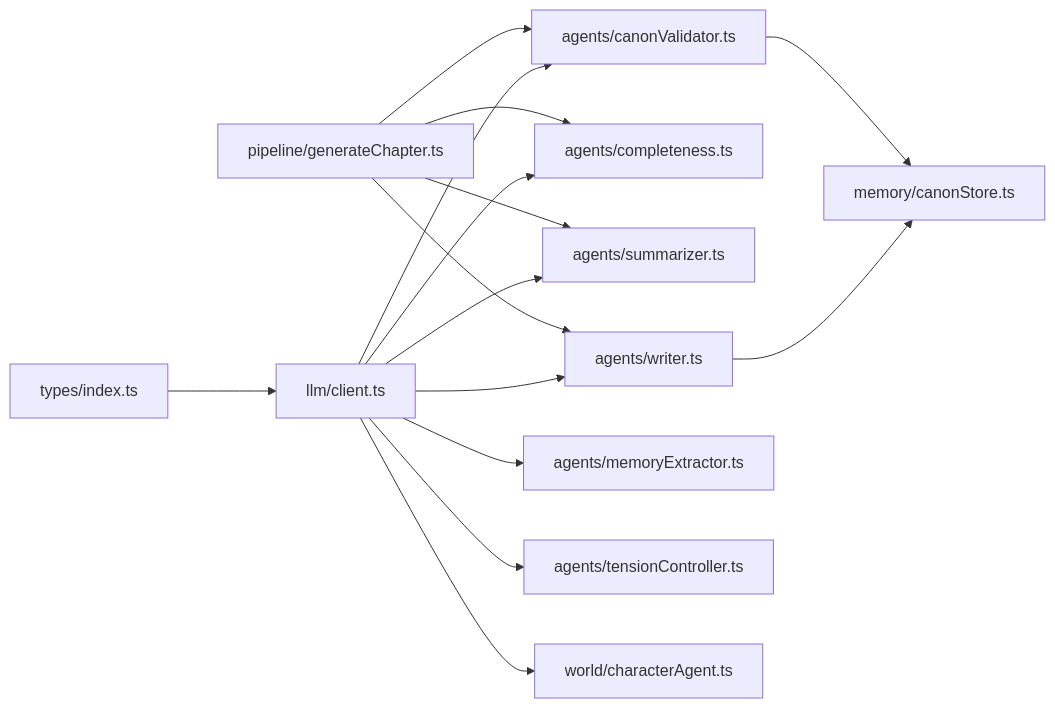
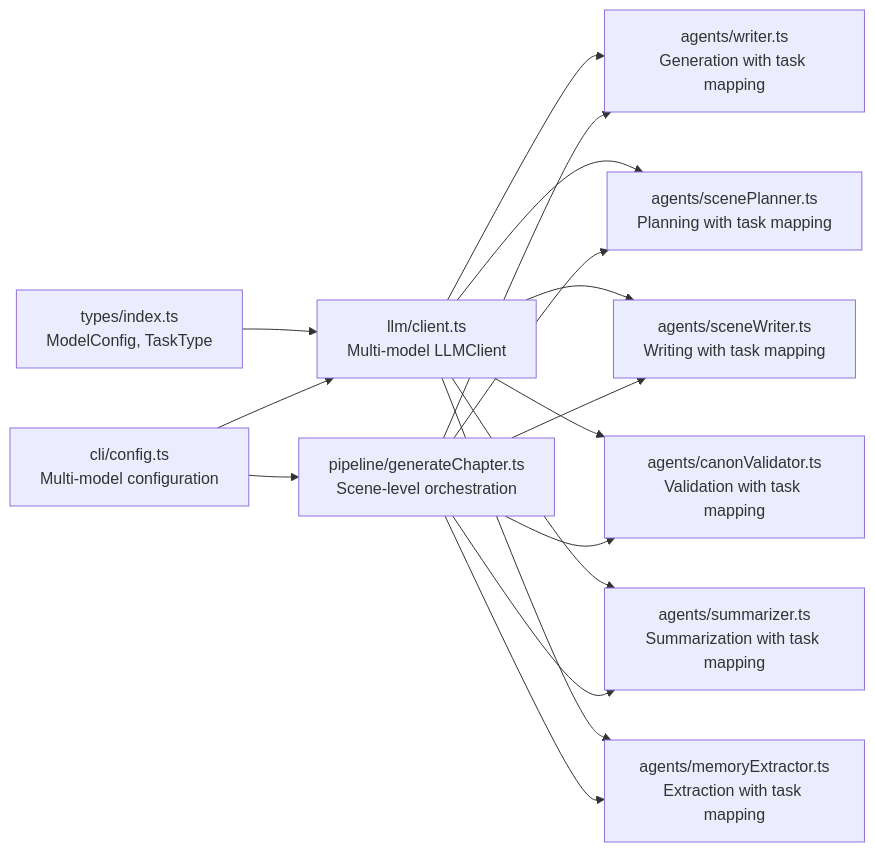
The seventh of 7 diagrams in .qoder/repowiki/en/content/LLM Integration and Configuration.md (liwonder/NARRITIVE_OS), drawn with Mermaid before and after one commit. The commit also changed other lines of this file and 12 other files, not shown here.

````diff
--- a/.qoder/repowiki/en/content/LLM Integration and Configuration.md
+++ b/.qoder/repowiki/en/content/LLM Integration and Configuration.md
@@ -554,17 +455,18 @@
 ```mermaid
 graph LR
-TYPES["types/index.ts"] --> CLIENT["llm/client.ts"]
-CLIENT --> WR["agents/writer.ts"]
-CLIENT --> CC["agents/completeness.ts"]
-CLIENT --> CS["agents/summarizer.ts"]
-CLIENT --> CV["agents/canonValidator.ts"]
-CLIENT --> ME["agents/memoryExtractor.ts"]
-CLIENT --> TC["agents/tensionController.ts"]
-CLIENT --> CA["world/characterAgent.ts"]
-WR --> CANON["memory/canonStore.ts"]
-CV --> CANON
-PIPE["pipeline/generateChapter.ts"] --> WR
-PIPE --> CC
-PIPE --> CS
-PIPE --> CV
+TYPES["types/index.ts<br/>ModelConfig, TaskType"] --> CLIENT["llm/client.ts<br/>Multi-model LLMClient"]
+CLIENT --> WR["agents/writer.ts<br/>Generation with task mapping"]
+CLIENT --> PLAN["agents/scenePlanner.ts<br/>Planning with task mapping"]
+CLIENT --> WRITE["agents/sceneWriter.ts<br/>Writing with task mapping"]
+CLIENT --> VAL["agents/canonValidator.ts<br/>Validation with task mapping"]
+CLIENT --> SUM["agents/summarizer.ts<br/>Summarization with task mapping"]
+CLIENT --> MEM["agents/memoryExtractor.ts<br/>Extraction with task mapping"]
+PIPE["pipeline/generateChapter.ts<br/>Scene-level orchestration"] --> WR
+PIPE --> PLAN
+PIPE --> WRITE
+PIPE --> VAL
+PIPE --> SUM
+PIPE --> MEM
+CFG["cli/config.ts<br/>Multi-model configuration"] --> CLIENT
+CFG --> PIPE
 ```
````
